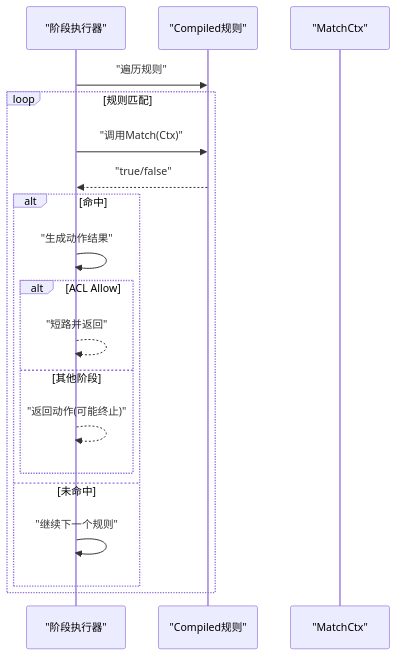
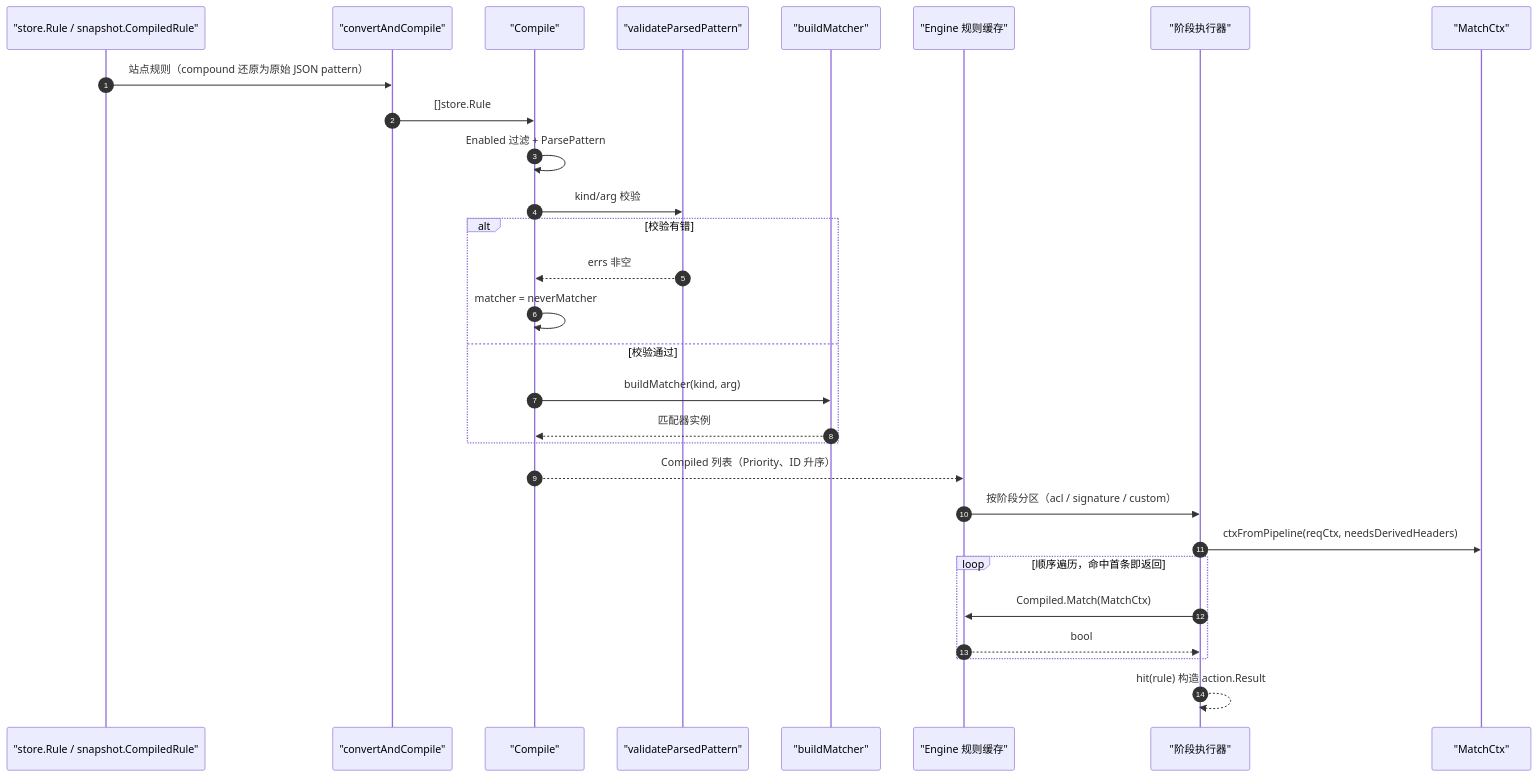
Before and after one commit to x01n/My-OpenWaf: the third of 4 diagrams in docs/WAF 引擎系统/规则匹配器/规则匹配器.md, drawn with Mermaid. The commit also changed other lines of this file and 622 other files, not shown here.

````diff
--- a/docs/WAF 引擎系统/规则匹配器/规则匹配器.md
+++ b/docs/WAF 引擎系统/规则匹配器/规则匹配器.md
@@ -299,21 +210,31 @@
 ```mermaid
 sequenceDiagram
-participant Phase as "阶段执行器"
-participant Rules as "Compiled规则"
-participant Ctx as "MatchCtx"
-Phase->>Rules : "遍历规则"
-loop 规则匹配
-Phase->>Rules : "调用Match(Ctx)"
-Rules-->>Phase : "true/false"
-alt 命中
-Phase->>Phase : "生成动作结果"
-alt ACL Allow
-Phase-->>Phase : "短路并返回"
-else 其他阶段
-Phase-->>Phase : "返回动作(可能终止)"
-end
-else 未命中
-Phase->>Phase : "继续下一个规则"
-end
-end
+  autonumber
+  participant ST as "store.Rule / snapshot.CompiledRule"
+  participant CV as "convertAndCompile"
+  participant CP as "Compile"
+  participant VD as "validateParsedPattern"
+  participant BM as "buildMatcher"
+  participant EN as "Engine 规则缓存"
+  participant PH as "阶段执行器"
+  participant CT as "MatchCtx"
+  ST->>CV: 站点规则（compound 还原为原始 JSON pattern）
+  CV->>CP: []store.Rule
+  CP->>CP: Enabled 过滤 + ParsePattern
+  CP->>VD: kind/arg 校验
+  alt 校验有错
+    VD-->>CP: errs 非空
+    CP->>CP: matcher = neverMatcher
+  else 校验通过
+    CP->>BM: buildMatcher(kind, arg)
+    BM-->>CP: 匹配器实例
+  end
+  CP-->>EN: Compiled 列表（Priority、ID 升序）
+  EN->>PH: 按阶段分区（acl / signature / custom）
+  PH->>CT: ctxFromPipeline(reqCtx, needsDerivedHeaders)
+  loop 顺序遍历，命中首条即返回
+    PH->>EN: Compiled.Match(MatchCtx)
+    EN-->>PH: bool
+  end
+  PH-->>PH: hit(rule) 构造 action.Result
 ```
````
